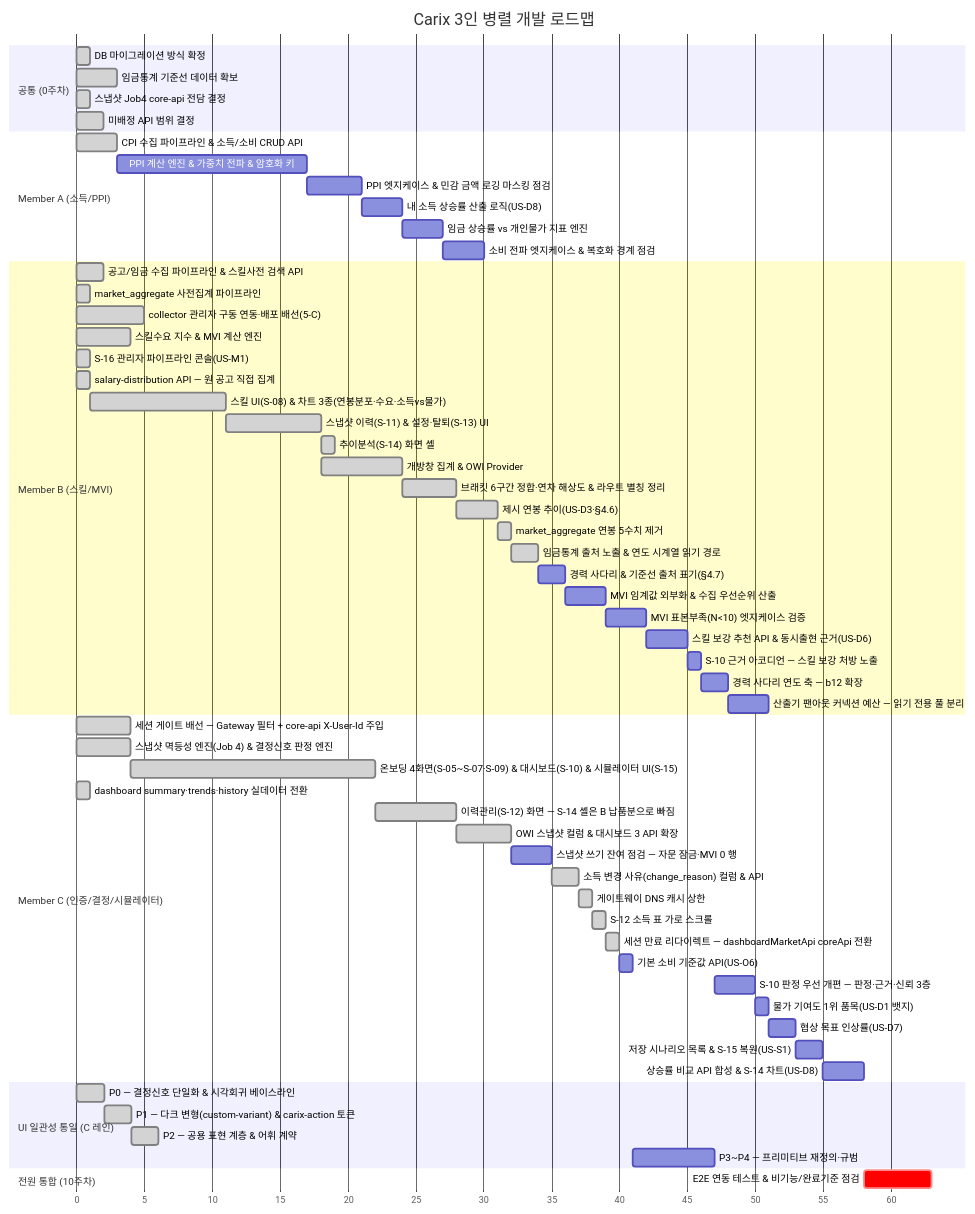
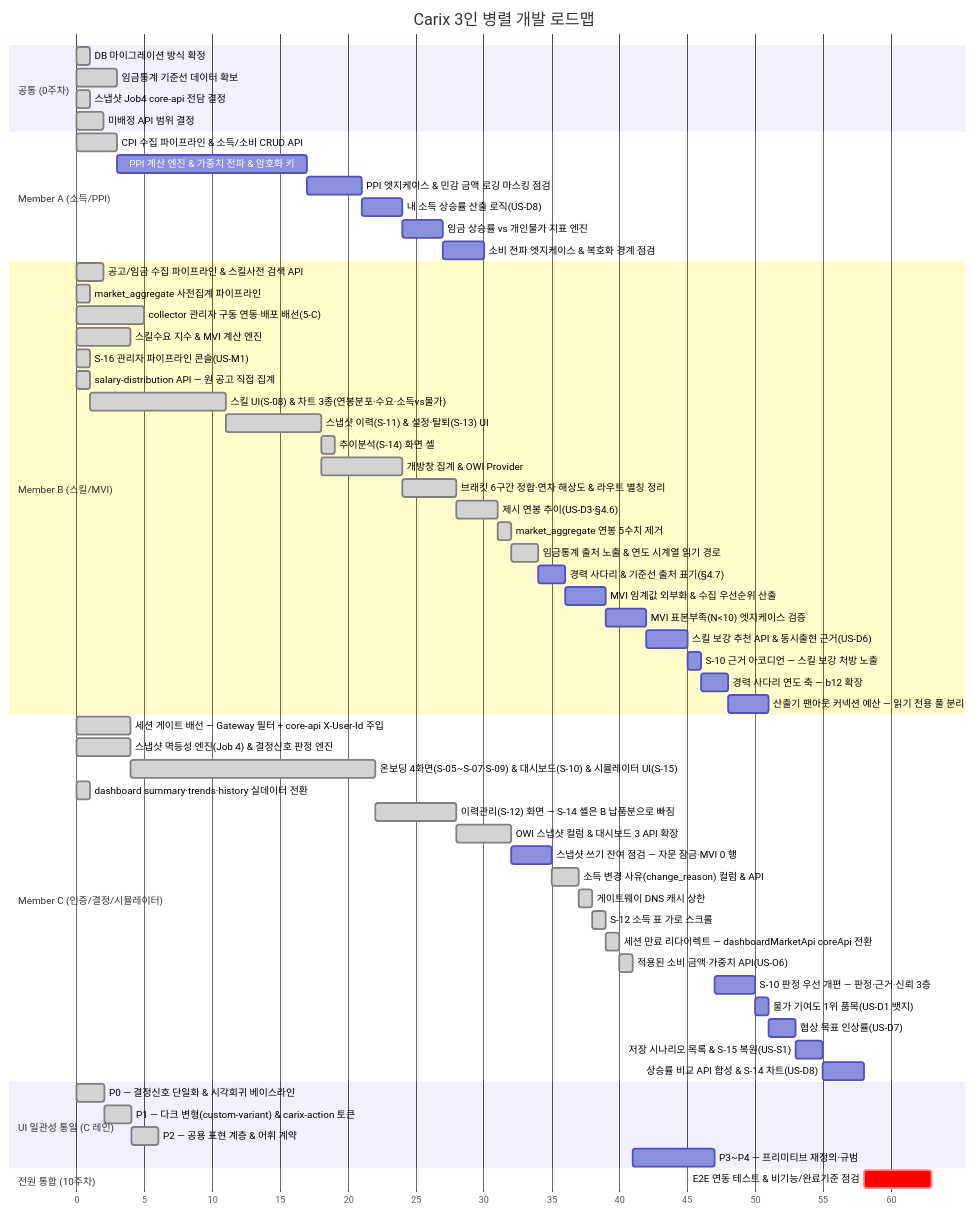
Before and after one commit to SeoHyeokGyu/Carix: the first of 2 diagrams in docs/plans/carix-dev-plan.md, drawn with Mermaid. The commit also changed other lines of this file and 2 other files, not shown here.

First line of the commit message:
docs: c11 완료 반영 및 API 규격 §7.6 재작성

````diff
--- a/docs/plans/carix-dev-plan.md
+++ b/docs/plans/carix-dev-plan.md
@@ -89,65 +89,65 @@
 ```mermaid
 gantt
     title Carix 3인 병렬 개발 로드맵
     dateFormat X
     axisFormat %s
     section 공통 (0주차)
     DB 마이그레이션 방식 확정 :done, c0a, 0, 1s
     임금통계 기준선 데이터 확보 :done, a0, 3, 3s
     스냅샷 Job4 core-api 전담 결정 :done, i0, 7, 1s
     미배정 API 범위 결정 :done, c0, 7, 2s
     section Member A (소득/PPI)
     CPI 수집 파이프라인 & 소득/소비 CRUD API :done, a1, 12, 3s
     PPI 계산 엔진 & 가중치 전파 & 암호화 키 :a2, after a1, 14s
     PPI 엣지케이스 & 민감 금액 로깅 마스킹 점검 :a7, after a2, 4s
     내 소득 상승률 산출 로직(US-D8) :a9, after a7, 3s
     임금 상승률 vs 개인물가 지표 엔진 :a10, after a9, 3s
     소비 전파 엣지케이스 & 복호화 경계 점검 :a12, after a10, 3s
     section Member B (스킬/MVI)
     공고/임금 수집 파이프라인 & 스킬사전 검색 API :done, b1, 2, 2s
     market_aggregate 사전집계 파이프라인 :done, b2a, 3, 1s
     collector 관리자 구동 연동·배포 배선(5-C) :done, b0, 7, 5s
     스킬수요 지수 & MVI 계산 엔진 :done, b2, 8, 4s
     S-16 관리자 파이프라인 콘솔(US-M1) :done, b16, 14, 1s
     salary-distribution API — 원 공고 직접 집계 :done, b3a, 15, 1s
     스킬 UI(S-08) & 차트 3종(연봉분포·수요·소득vs물가) :done, b3, after b3a, 10s
     스냅샷 이력(S-11) & 설정·탈퇴(S-13) UI :done, b4, after b3, 7s
     추이분석(S-14) 화면 셸 :done, b4a, after b4, 1s
     개방창 집계 & OWI Provider :done, b6, after b4, 6s
     브래킷 6구간 정합·연차 해상도 & 라우트 별칭 정리 :done, b7, after b6, 4s
     제시 연봉 추이(US-D3·§4.6) :done, b10, after b7, 3s
     market_aggregate 연봉 5수치 제거 :done, b11, after b10, 1s
     임금통계 출처 노출 & 연도 시계열 읽기 경로 :done, b13, after b11, 2s
     경력 사다리 & 기준선 출처 표기(§4.7) :b12, after b13, 2s
     MVI 임계값 외부화 & 수집 우선순위 산출 :b8, after b12, 3s
     MVI 표본부족(N<10) 엣지케이스 검증 :b8a, after b8, 3s
     스킬 보강 추천 API & 동시출현 근거(US-D6) :b9, after b8a, 3s
     S-10 근거 아코디언 — 스킬 보강 처방 노출 :b15, after b9, 1s
     경력 사다리 연도 축 — b12 확장 :b14, after b15, 2s
     산출기 팬아웃 커넥션 예산 — 읽기 전용 풀 분리 :b17, after b14, 3s
     section Member C (인증/결정/시뮬레이터)
     세션 게이트 배선 — Gateway 필터 + core-api X-User-Id 주입 :done, c0b, 7, 4s
     스냅샷 멱등성 엔진(Job 4) & 결정신호 판정 엔진 :done, c2, 8, 4s
     온보딩 4화면(S-05~S-07·S-09) & 대시보드(S-10) & 시뮬레이터 UI(S-15) :done, c3, after c2, 18s
     dashboard summary·trends·history 실데이터 전환 :done, c4a, 15, 1s
     이력관리(S-12) 화면 — S-14 셸은 B 납품분으로 빠짐 :done, c4, after c3, 6s
     OWI 스냅샷 컬럼 & 대시보드 3 API 확장 :done, c6, after c4, 4s
     스냅샷 쓰기 잔여 점검 — 자문 잠금·MVI 0 행 :c5, after c6, 3s
     소득 변경 사유(change_reason) 컬럼 & API :done, c10, after c5, 2s
     게이트웨이 DNS 캐시 상한 :done, c7, after c10, 1s
     S-12 소득 표 가로 스크롤 :done, c13, after c7, 1s
     세션 만료 리다이렉트 — dashboardMarketApi coreApi 전환 :done, c16, after c13, 1s
-    기본 소비 기준값 API(US-O6) :c11, after c16, 1s
+    적용된 소비 금액·가중치 API(US-O6) :done, c11, after c16, 1s
     S-10 판정 우선 개편 — 판정·근거·신뢰 3층 :c15, after ui3, 3s
     물가 기여도 1위 품목(US-D1 뱃지) :c12, after c15, 1s
     협상 목표 인상률(US-D7) :c8, after c12, 2s
     저장 시나리오 목록 & S-15 복원(US-S1) :c9, after c8, 2s
     상승률 비교 API 합성 & S-14 차트(US-D8) :c14, after c9 a9 a10 b13, 3s
     section UI 일관성 통일 (C 레인)
     P0 — 결정신호 단일화 & 시각회귀 베이스라인 :done, ui0, 33, 2s
     P1 — 다크 변형(custom-variant) & carix-action 토큰 :done, ui1, after ui0, 2s
     P2 — 공용 표현 계층 & 어휘 계약 :done, ui2, after ui1, 2s
     P3~P4 — 프리미티브 재정의·규범 :ui3, after c11, 6s
     section 전원 통합 (10주차)
     E2E 연동 테스트 & 비기능/완료기준 점검 :crit, e2e, after a12 b14 c14, 5s
 ```
````
